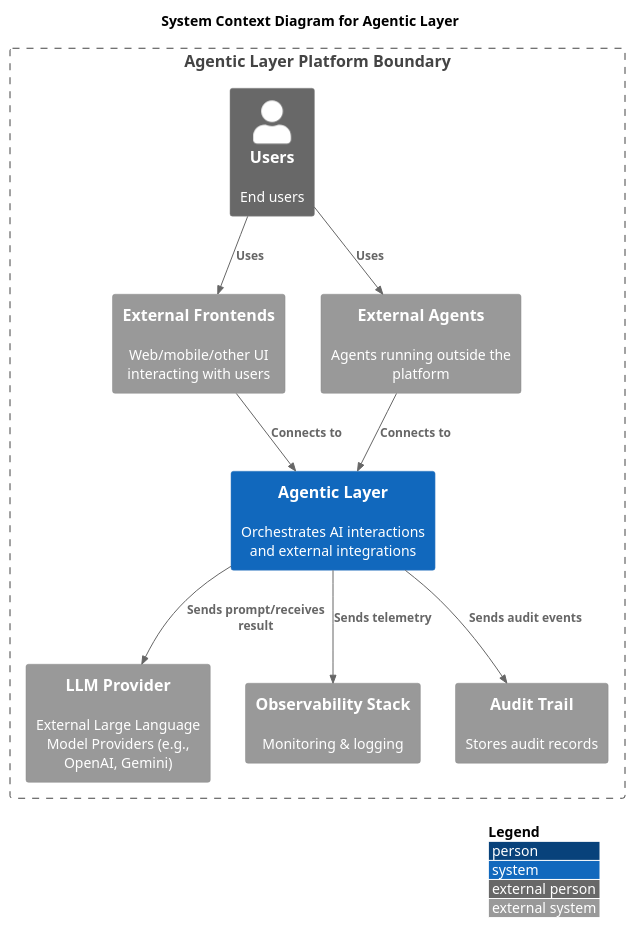
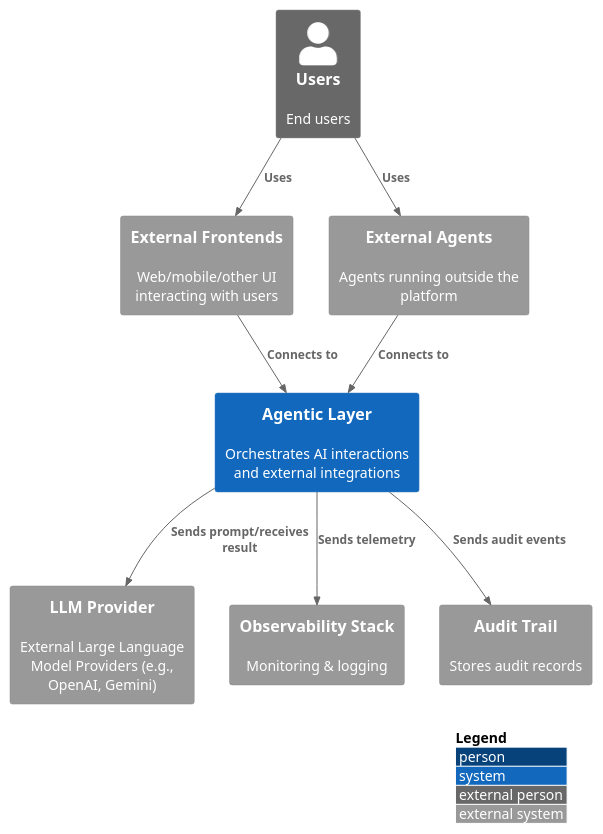
Before and after one commit to agentic-layer/documentation: the diagram in architecture/docs/modules/context/pages/index.adoc, drawn with PlantUML. The commit also changed other lines of this file, not shown here.

Commit message:
Update system context section

```diff
--- a/architecture/docs/modules/context/pages/index.adoc
+++ b/architecture/docs/modules/context/pages/index.adoc
@@ -3,28 +13,24 @@
 [plantuml, system-context, format="svg"]
 ....
 @startuml
 !include https://raw.githubusercontent.com/plantuml-stdlib/C4-PlantUML/master/C4_Context.puml
 
-title System Context Diagram for Agentic Layer
+Person_Ext(users, "Users", "End users")
+System_Ext(frontends, "External Frontends", "Web/mobile/other UI interacting with users")
+System_Ext(extAgents, "External Agents", "Agents running outside the platform")
+System(agentic, "Agentic Layer", "Orchestrates AI interactions and external integrations")
+System_Ext(llm, "LLM Provider", "External Large Language Model Providers (e.g., OpenAI, Gemini)")
+System_Ext(obs, "Observability Stack", "Monitoring & logging")
+System_Ext(audit, "Audit Trail", "Stores audit records")
 
-Boundary(ec, "Agentic Layer Platform Boundary") {
-    Person_Ext(users, "Users", "End users")
-    System_Ext(frontends, "External Frontends", "Web/mobile/other UI interacting with users")
-    System_Ext(extAgents, "External Agents", "Agents running outside the platform")
-    System(agentic, "Agentic Layer", "Orchestrates AI interactions and external integrations")
-    System_Ext(llm, "LLM Provider", "External Large Language Model Providers (e.g., OpenAI, Gemini)")
-    System_Ext(obs, "Observability Stack", "Monitoring & logging")
-    System_Ext(audit, "Audit Trail", "Stores audit records")
-
-    Rel(users, frontends, "Uses")
-    Rel(users, extAgents, "Uses")
-    Rel(frontends, agentic, "Connects to")
-    Rel(extAgents, agentic, "Connects to")
-    Rel(agentic, llm, "Sends prompt/receives result")
-    Rel_Down(agentic, obs, "Sends telemetry")
-    Rel_Down(agentic, audit, "Sends audit events")
-}
+Rel(users, frontends, "Uses")
+Rel(users, extAgents, "Uses")
+Rel(frontends, agentic, "Connects to")
+Rel(extAgents, agentic, "Connects to")
+Rel(agentic, llm, "Sends prompt/receives result")
+Rel_Down(agentic, obs, "Sends telemetry")
+Rel_Down(agentic, audit, "Sends audit events")
 
 LAYOUT_WITH_LEGEND()
 @enduml
 ....
```
